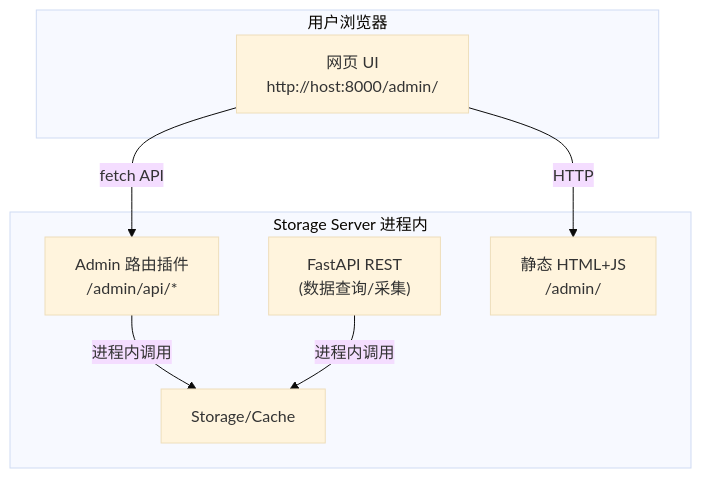
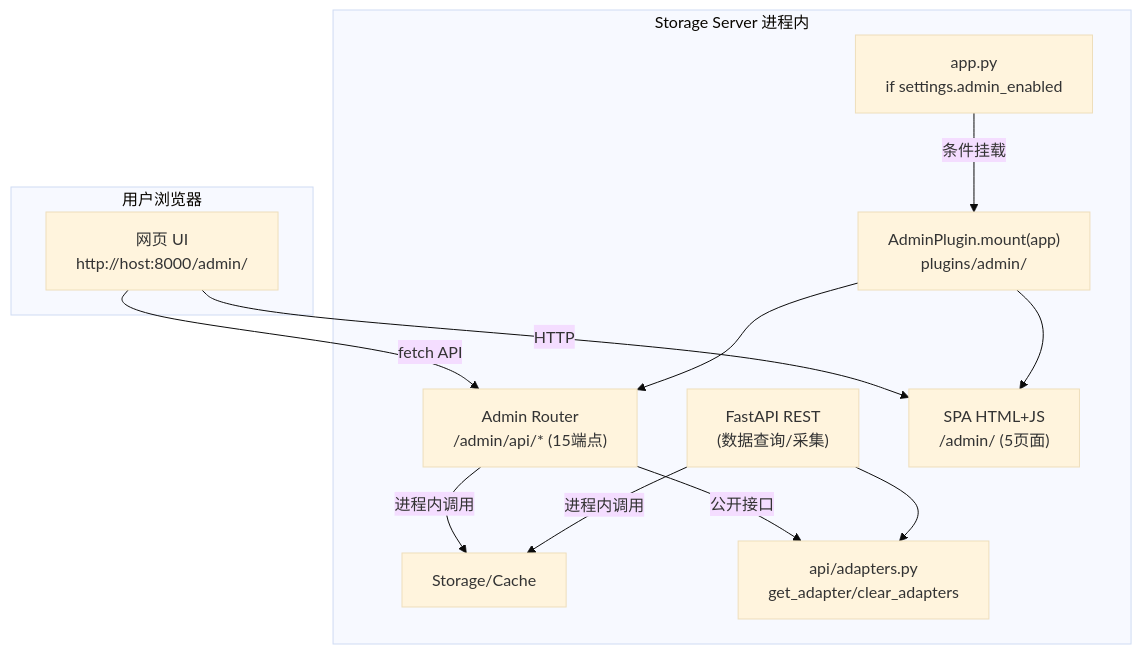
Before and after one commit to RESBI/StockStatistic: the seventh of 7 diagrams in DESIGN_CN.md, drawn with Mermaid (base theme). The commit also changed other lines of this file and 5 other files, not shown here.

First line of the commit message:
Update all 6 docs to reflect plugin-based admin architecture

````diff
--- a/DESIGN_CN.md
+++ b/DESIGN_CN.md
@@ -713,18 +746,26 @@
 ```mermaid
 graph TB
     subgraph "用户浏览器"
         WEB["网页 UI<br/>http://host:8000/admin/"]
     end
 
     subgraph "Storage Server 进程内"
+        APP["app.py<br/>if settings.admin_enabled"]
+        PLUGIN["AdminPlugin.mount(app)<br/>plugins/admin/"]
         API["FastAPI REST<br/>(数据查询/采集)"]
-        ADMIN["Admin 路由插件<br/>/admin/api/*"]
-        STATIC["静态 HTML+JS<br/>/admin/"]
+        ROUTER["Admin Router<br/>/admin/api/* (15端点)"]
+        STATIC["SPA HTML+JS<br/>/admin/ (5页面)"]
         DB["Storage/Cache"]
+        ADAPTERS["api/adapters.py<br/>get_adapter/clear_adapters"]
     end
 
     WEB -->|"HTTP"| STATIC
-    WEB -->|"fetch API"| ADMIN
-    ADMIN -->|"进程内调用"| DB
+    WEB -->|"fetch API"| ROUTER
+    APP -->|"条件挂载"| PLUGIN
+    PLUGIN --> ROUTER
+    PLUGIN --> STATIC
+    ROUTER -->|"进程内调用"| DB
+    ROUTER -->|"公开接口"| ADAPTERS
     API -->|"进程内调用"| DB
+    API --> ADAPTERS
 ```
````
